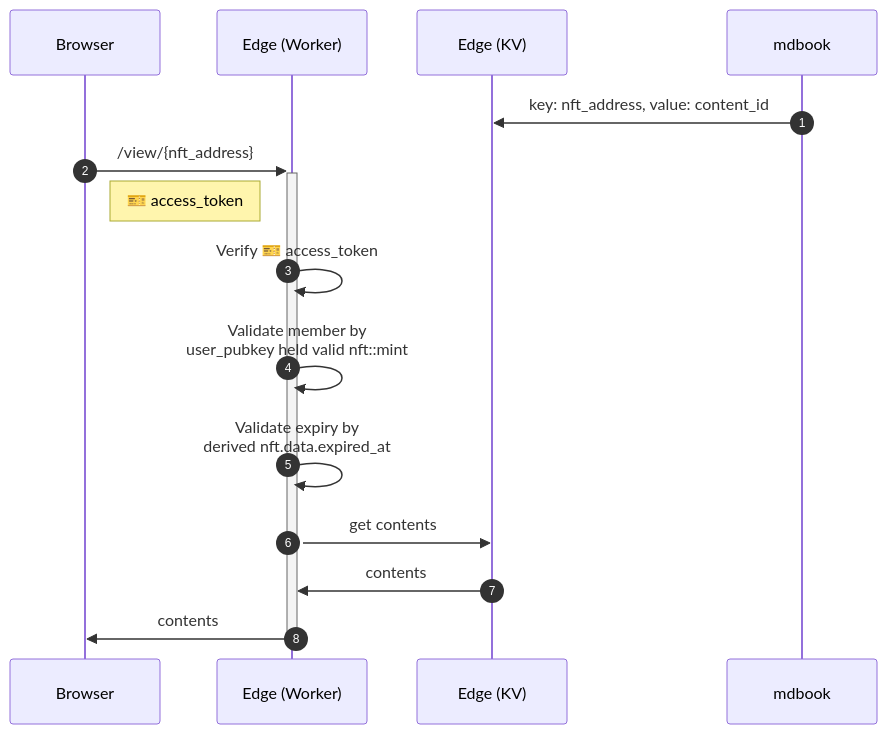
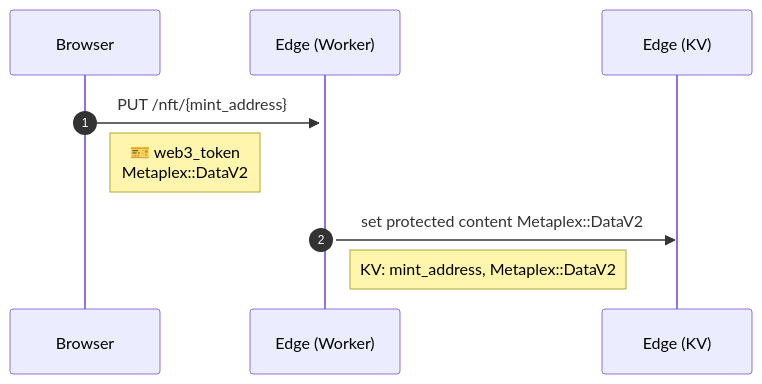
One commit to gist-rs/book changed the fourth of 6 diagrams in src/solana/nft-memberships.md. Above: the diagram before and after it, drawn with Mermaid. The commit also changed other lines of this file and 1 other file, not shown here.

````diff
--- a/src/solana/nft-memberships.md
+++ b/src/solana/nft-memberships.md
@@ -68,17 +66,12 @@
 ```mermaid
 sequenceDiagram
   autonumber
   participant browser as Browser
   participant edge as Edge (Worker)
   participant cf_kv as Edge (KV)
-  participant mdbook as mdbook
-  mdbook->>cf_kv: key: nft_address, value: content_id
-  browser->>+edge: /view/{nft_address}
-  Note right of browser: 🎫 access_token
-  edge->>edge: Verify 🎫 access_token
-  edge->>edge: Validate member by<br>user_pubkey held valid nft::mint
-  edge->>edge: Validate expiry by<br>derived nft.data.expired_at
-  edge->>cf_kv: get contents
-  cf_kv->>edge: contents
-  edge->>-browser: contents
+
+  browser->>+edge: PUT /nft/{mint_address}
+  Note right of browser: 🎫 web3_token<br>Metaplex::DataV2
+  edge->>cf_kv: set protected content Metaplex::DataV2
+  Note right of edge: KV: mint_address, Metaplex::DataV2
 ```
````
